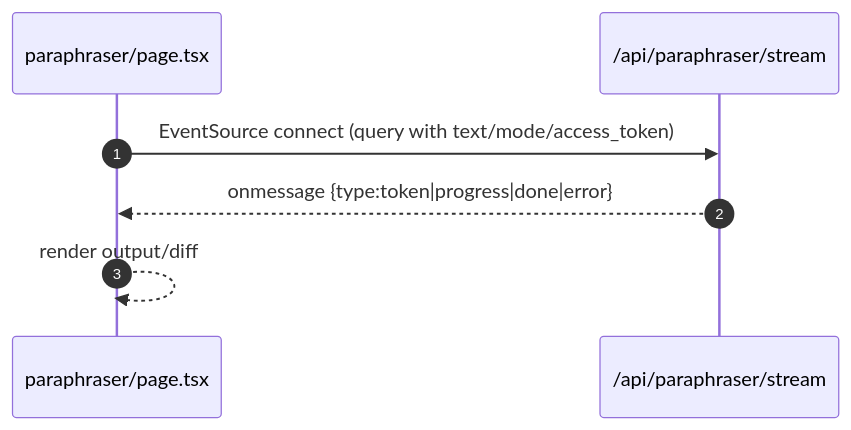
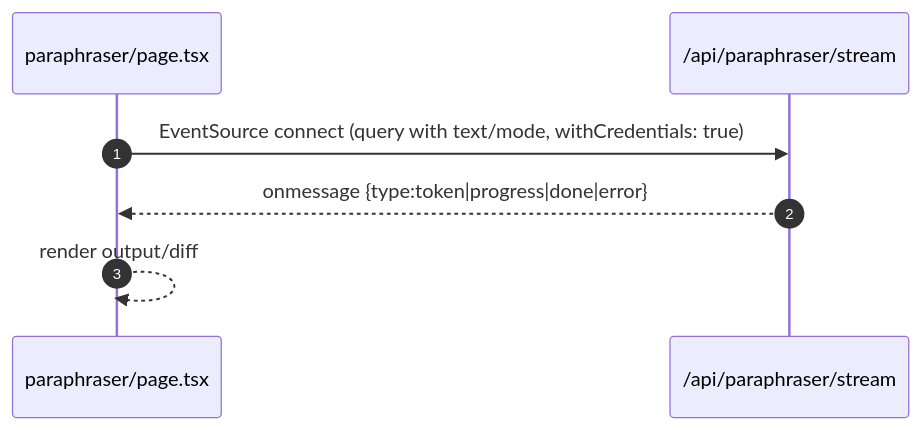
Before and after one commit to Kedhareswer/thesisflow-ai: the diagram in docs/pages/paraphraser/README.md, drawn with Mermaid. The commit also changed other lines of this file and 30 other files, not shown here.

````diff
--- a/docs/pages/paraphraser/README.md
+++ b/docs/pages/paraphraser/README.md
@@ -43,10 +44,10 @@
 ```mermaid
 sequenceDiagram
   autonumber
   participant UI as paraphraser/page.tsx
   participant S as /api/paraphraser/stream
 
-  UI->>S: EventSource connect (query with text/mode/access_token)
+  UI->>S: EventSource connect (query with text/mode, withCredentials: true)
   S-->>UI: onmessage {type:token|progress|done|error}
   UI-->>UI: render output/diff
 ```
````
